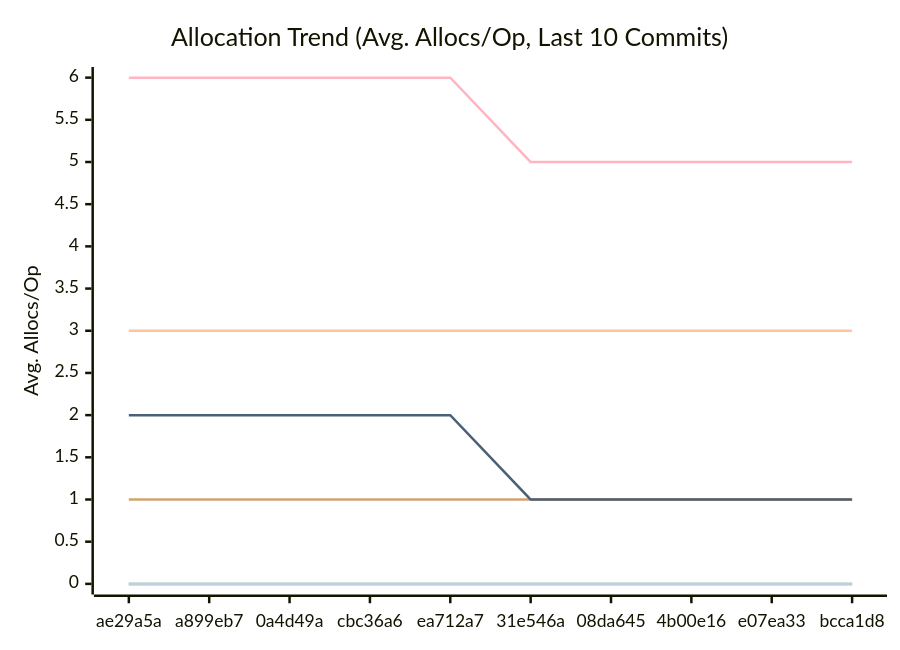
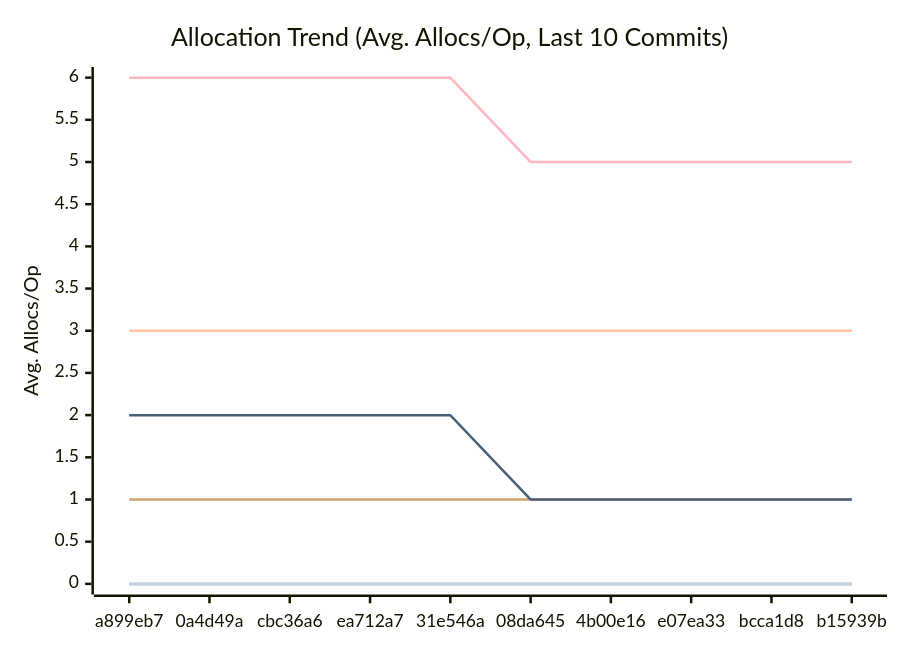
One commit to alsotoes/momo changed the third of 3 diagrams in docs/PERFORMANCE.md. Above: the diagram before and after it, drawn with Mermaid. The commit also changed other lines of this file and 4 other files, not shown here.

````diff
--- a/docs/PERFORMANCE.md
+++ b/docs/PERFORMANCE.md
@@ -114,16 +114,16 @@
 ```mermaid
 xychart-beta
     title "Allocation Trend (Avg. Allocs/Op, Last 10 Commits)"
     x-axis "Commit"
     y-axis "Avg. Allocs/Op"
-    x-axis [ae29a5a,a899eb7,0a4d49a,cbc36a6,ea712a7,31e546a,08da645,4b00e16,e07ea33,bcca1d8]
+    x-axis [a899eb7,0a4d49a,cbc36a6,ea712a7,31e546a,08da645,4b00e16,e07ea33,bcca1d8,b15939b]
     line "CheckMetricsAndSwap" [0,0,0,0,0,0,0,0,0,0]
     line "CrushOptimized" [0,0,0,0,0,0,0,0,0,0]
     line "CrushOriginal" [3,3,3,3,3,3,3,3,3,3]
     line "IndexDirectTracking" [0,0,0,0,0,0,0,0,0,0]
     line "IndexSearch" [0,0,0,0,0,0,0,0,0,0]
     line "LoadGlobalConfig" [1,1,1,1,1,1,1,1,1,1]
     line "PadString" [0,0,0,0,0,0,0,0,0,0]
     line "ParseReplicationOrder_NoPrealloc" [6,6,6,6,6,5,5,5,5,5]
     line "ParseReplicationOrder_Prealloc" [2,2,2,2,2,1,1,1,1,1]
 ```
````
